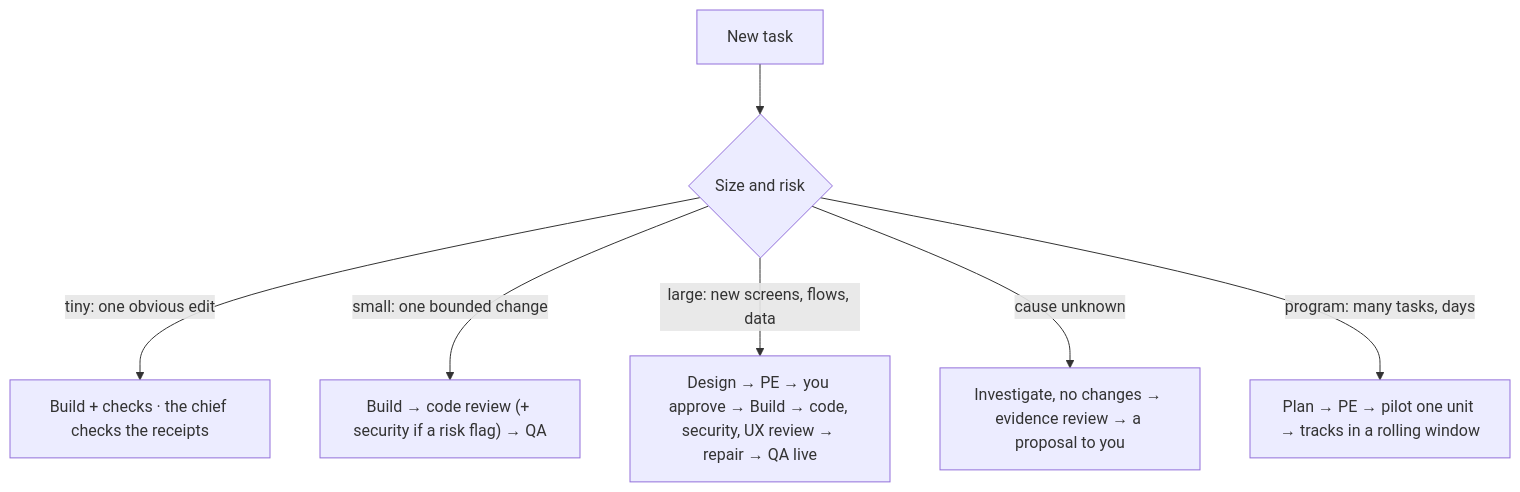
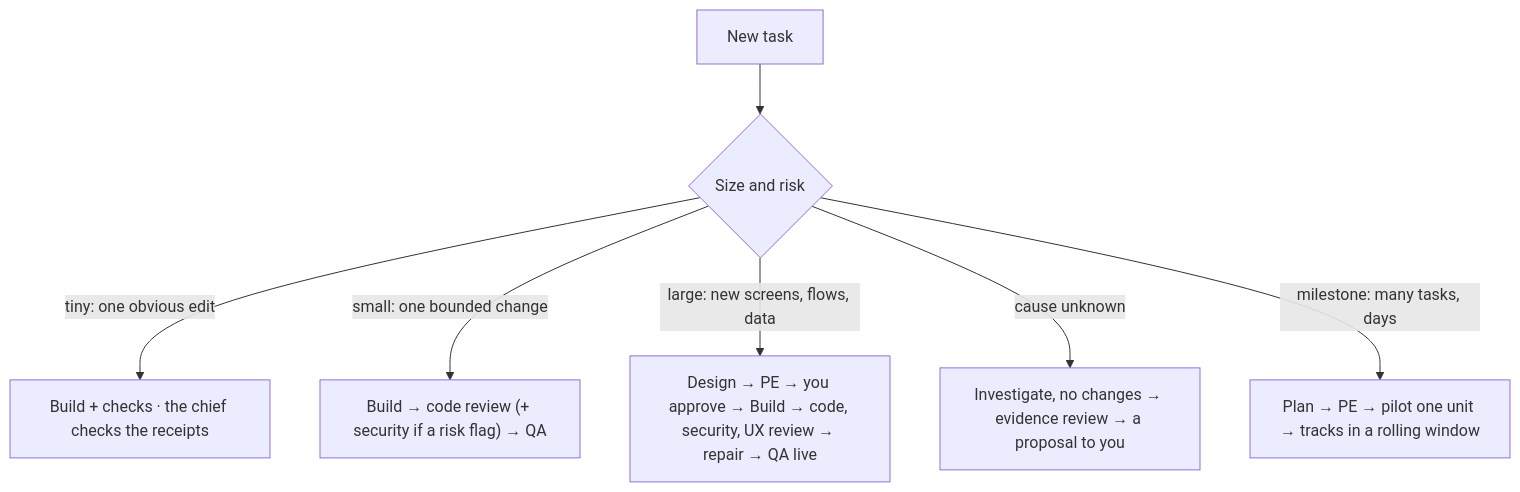
Before and after one commit to erickb336/sage: the second of 6 diagrams in docs/design/sage-mode.md, drawn with Mermaid. The commit also changed other lines of this file and 112 other files, not shown here.

````diff
--- a/docs/design/sage-mode.md
+++ b/docs/design/sage-mode.md
@@ -126,9 +126,9 @@
 ```mermaid
 flowchart TB
   T["New task"] --> S{"Size and risk"}
   S -->|"tiny: one obvious edit"| T1["Build + checks · the chief checks the receipts"]
   S -->|"small: one bounded change"| T2["Build → code review (+ security if a risk flag) → QA"]
   S -->|"large: new screens, flows, data"| T3["Design → PE → you approve → Build → code, security, UX review → repair → QA live"]
   S -->|"cause unknown"| T4["Investigate, no changes → evidence review → a proposal to you"]
-  S -->|"program: many tasks, days"| T5["Plan → PE → pilot one unit → tracks in a rolling window"]
+  S -->|"milestone: many tasks, days"| T5["Plan → PE → pilot one unit → tracks in a rolling window"]
 ```
````
